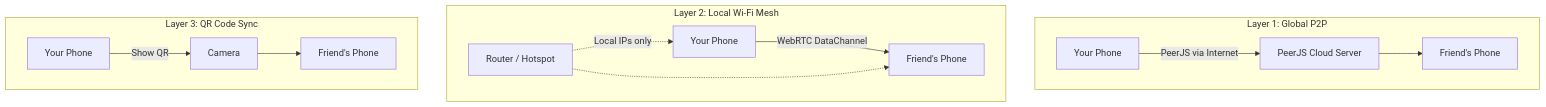
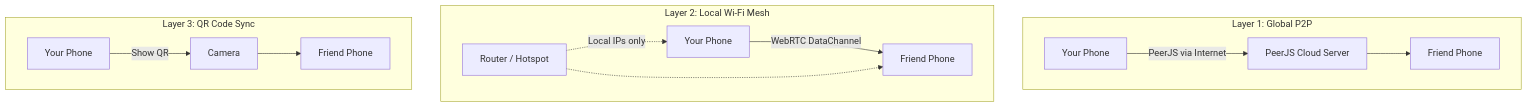
One commit to Aneeshie/WhisperNet changed the first of 3 diagrams in README.md. Above: the diagram before and after it, drawn with Mermaid. The commit also changed other lines of this file, not shown here.

````diff
--- a/README.md
+++ b/README.md
@@ -56,18 +57,18 @@
 ```mermaid
 graph TB
     subgraph "Layer 1: Global P2P"
         A[Your Phone] -->|PeerJS via Internet| B[PeerJS Cloud Server]
-        B --> C[Friend's Phone]
+        B --> C["Friend Phone"]
     end
     
     subgraph "Layer 2: Local Wi-Fi Mesh"
-        D[Your Phone] -->|WebRTC DataChannel| E[Friend's Phone]
+        D[Your Phone] -->|WebRTC DataChannel| E["Friend Phone"]
         F[Router / Hotspot] -.->|Local IPs only| D
         F -.-> E
     end
     
     subgraph "Layer 3: QR Code Sync"
         G[Your Phone] -->|Show QR| H[Camera]
-        H --> I[Friend's Phone]
+        H --> I["Friend Phone"]
     end
 ```
````
